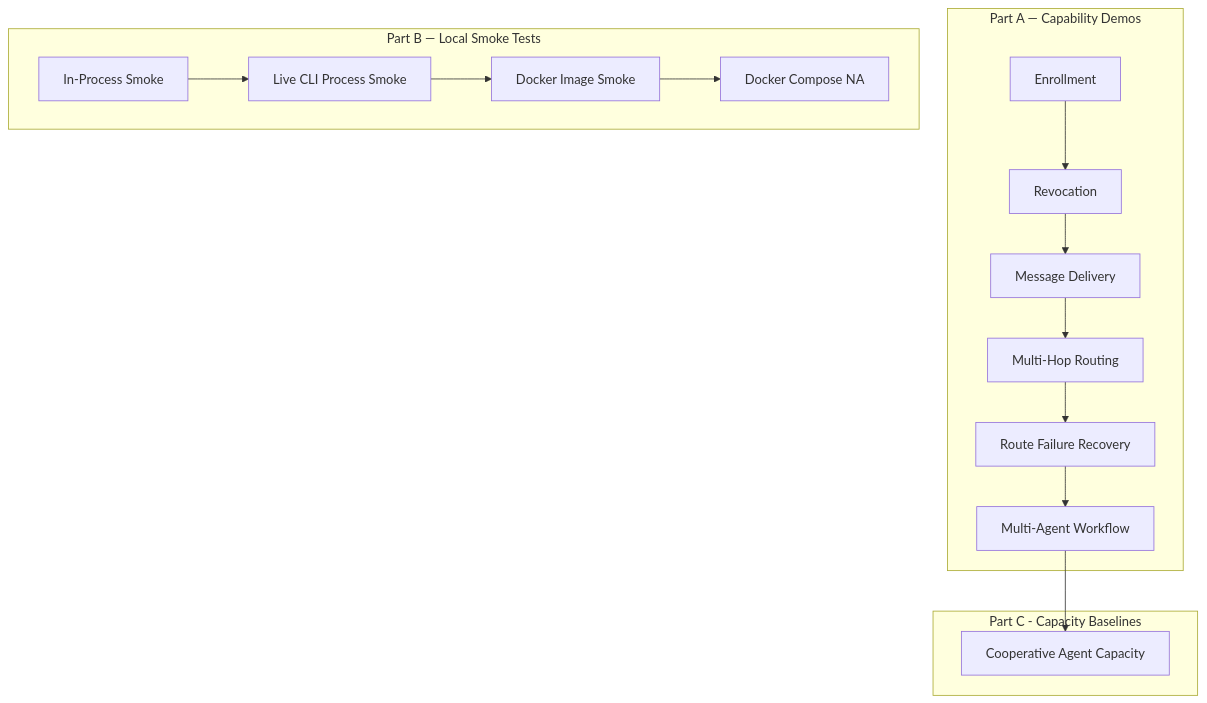
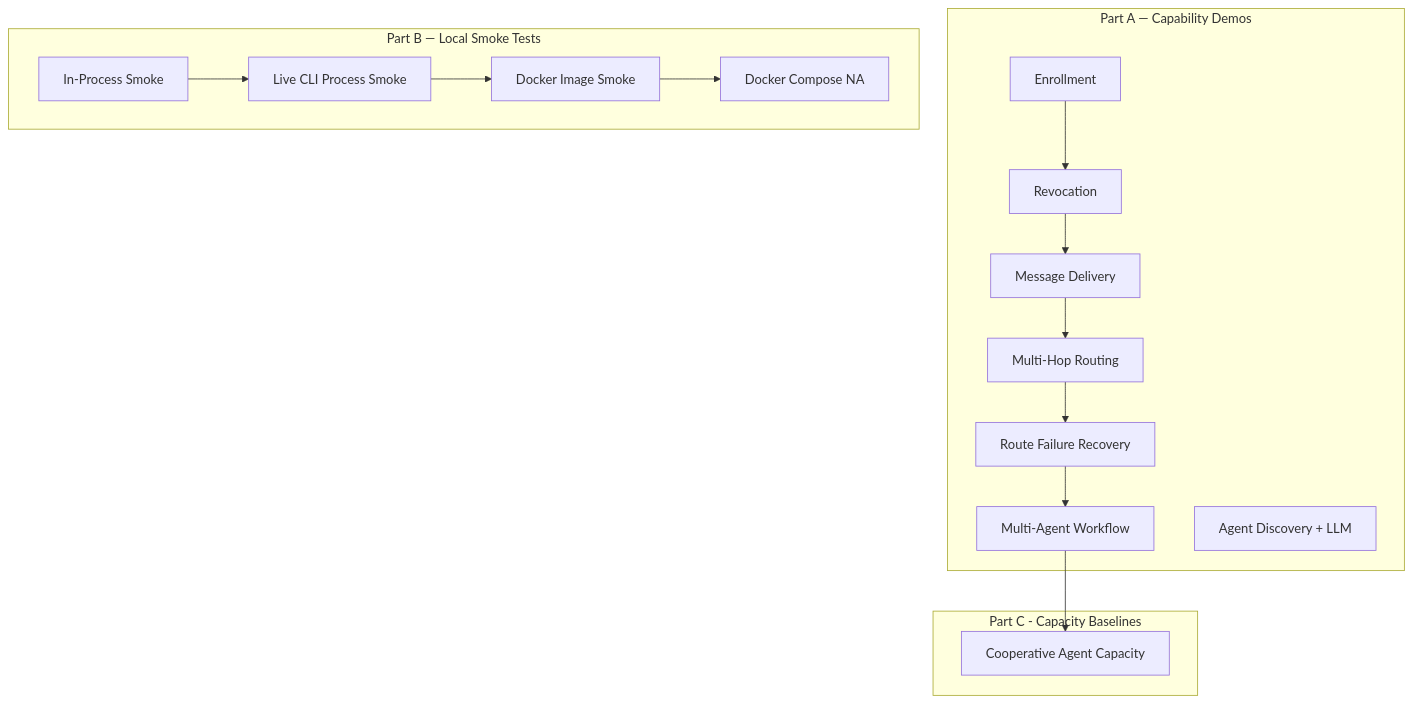
One commit to GenesisMeshLabs/genesismesh changed the first of 10 diagrams in docs/examples/demos.md. Above: the diagram before and after it, drawn with Mermaid. The commit also changed other lines of this file and 4 other files, not shown here.

First line of the commit message:
release: v0.7.0 — Agent Discovery & Service Registry

````diff
--- a/docs/examples/demos.md
+++ b/docs/examples/demos.md
@@ -24,26 +24,27 @@
 ```{mermaid}
 flowchart TD
     subgraph A[Part A — Capability Demos]
         A1[Enrollment]
         A2[Revocation]
         A3[Message Delivery]
         A4[Multi-Hop Routing]
         A5[Route Failure Recovery]
         A6[Multi-Agent Workflow]
+        A7[Agent Discovery + LLM]
     end
 
     subgraph B[Part B — Local Smoke Tests]
         B1[In-Process Smoke]
         B2[Live CLI Process Smoke]
         B3[Docker Image Smoke]
         B4[Docker Compose NA]
     end
 
     subgraph C[Part C - Capacity Baselines]
         C1[Cooperative Agent Capacity]
     end
 
     A1 --> A2 --> A3 --> A4 --> A5 --> A6
     B1 --> B2 --> B3 --> B4
     A6 --> C1
 ```
````
